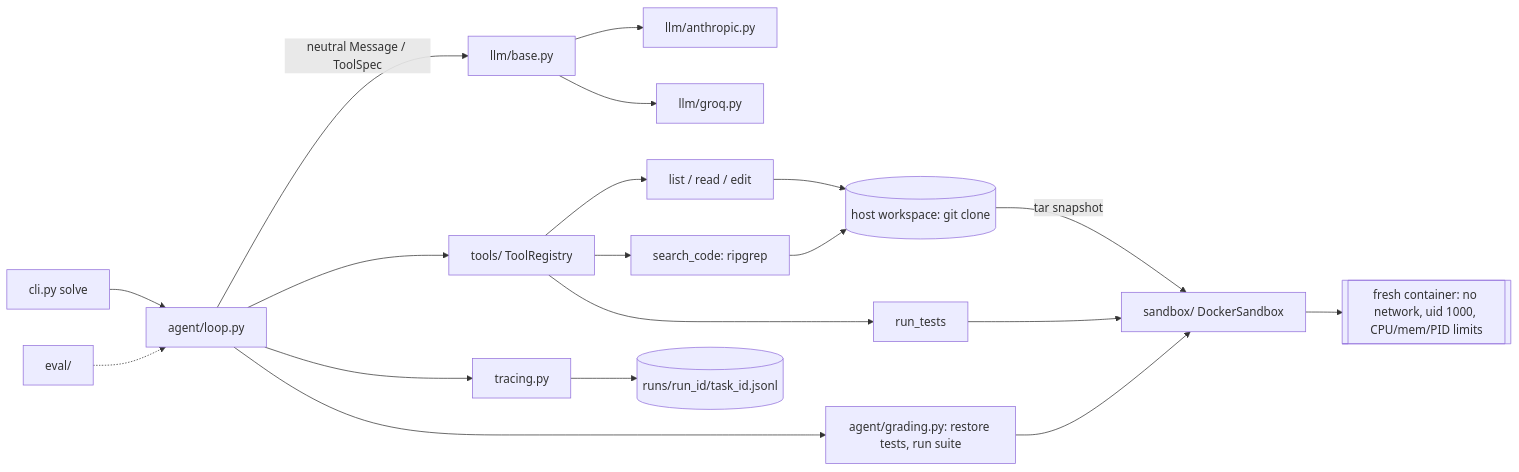
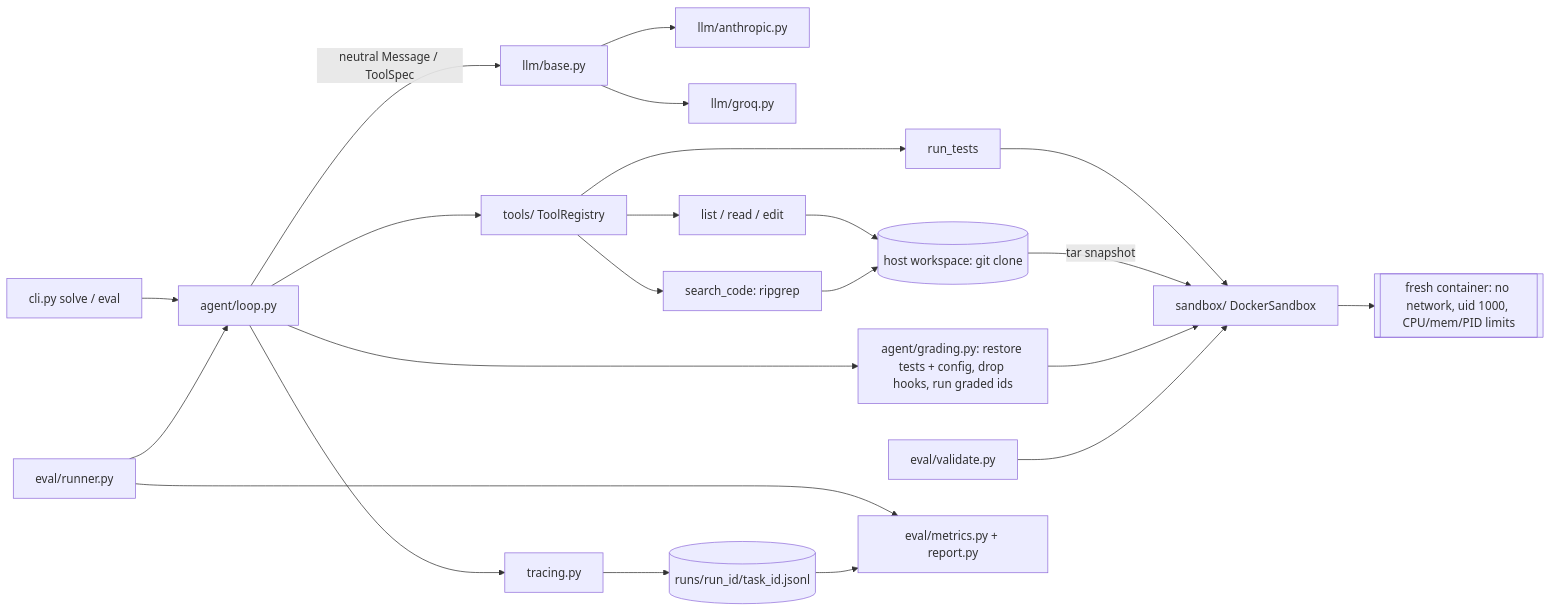
The diagram in README.md (Gokuls007/agentic-code-repair), drawn with Mermaid before and after one commit. The commit also changed other lines of this file and 86 other files, not shown here.

First line of the commit message:
Phase 4: benchmark, validation gate, hardened grading, resumable eval, metrics

````diff
--- a/README.md
+++ b/README.md
@@ -45,20 +47,23 @@
 ```mermaid
 flowchart LR
-    CLI[cli.py solve] --> Loop[agent/loop.py]
+    CLI[cli.py solve / eval] --> Loop[agent/loop.py]
     Loop -->|neutral Message / ToolSpec| LLM[llm/base.py]
     LLM --> A[llm/anthropic.py]
     LLM --> G[llm/groq.py]
     Loop --> Reg[tools/ ToolRegistry]
     Reg --> FT[list / read / edit]
     Reg --> S[search_code: ripgrep]
     Reg --> RT[run_tests]
     FT & S --> WS[(host workspace: git clone)]
     RT --> SB[sandbox/ DockerSandbox]
     WS -->|tar snapshot| SB
     SB --> C[[fresh container: no network, uid 1000, CPU/mem/PID limits]]
     Loop --> Trace[tracing.py]
-    Loop --> Grade[agent/grading.py: restore tests, run suite]
+    Loop --> Grade[agent/grading.py: restore tests + config, drop hooks, run graded ids]
     Grade --> SB
     Trace --> Runs[(runs/run_id/task_id.jsonl)]
-    Eval[eval/] -.-> Loop
+    Eval[eval/runner.py] --> Loop
+    Val[eval/validate.py] --> SB
+    Eval --> Rep[eval/metrics.py + report.py]
+    Runs --> Rep
 ```
````
